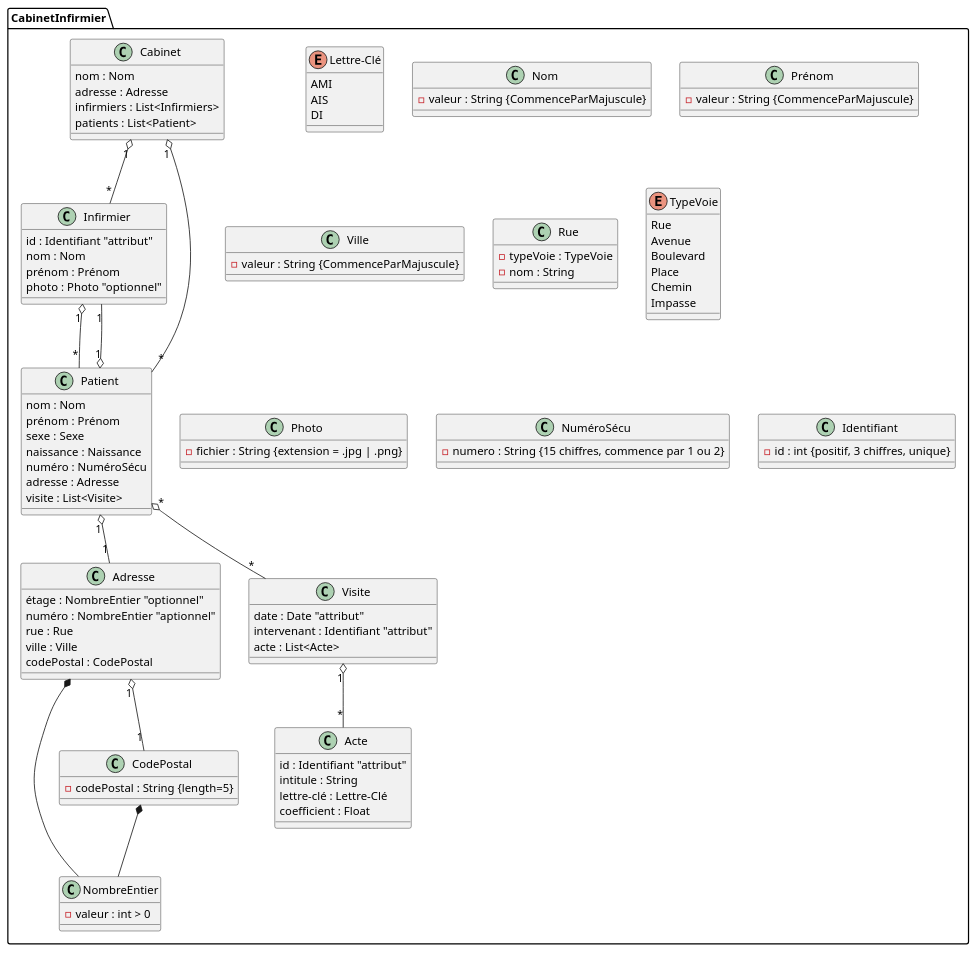
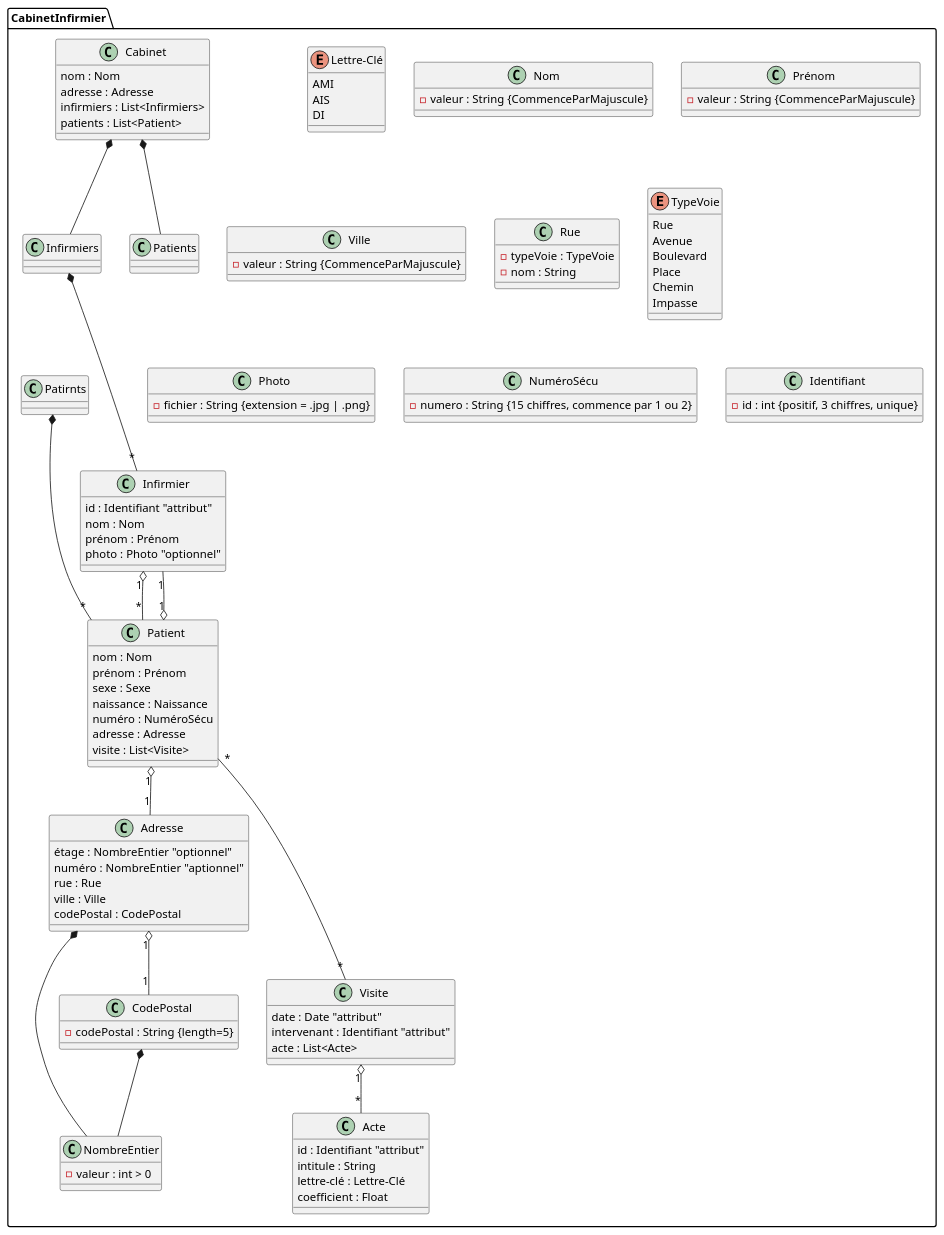
Before and after one commit to dramekhoyane-oss/XML-Projets: the diagram in CabinetInfermier/cabinetAmeliore.plantuml, drawn with PlantUML. The commit also changed 1 other file, not shown here.

```diff
--- a/CabinetInfermier/cabinetAmeliore.plantuml
+++ b/CabinetInfermier/cabinetAmeliore.plantuml
@@ -1,130 +1,140 @@
 @startuml
 
 ' Définition du namespace général pour la base de données du cabinet
 package "CabinetInfirmier" {
 
 class Cabinet {
 nom : Nom
 adresse : Adresse 
 infirmiers : List<Infirmiers>
 patients : List<Patient>
 }
 
 class Adresse{
 étage : NombreEntier "optionnel"
 numéro : NombreEntier "aptionnel"
 rue : Rue 
 ville : Ville
 codePostal : CodePostal 
 
 }
 
+class Infirmiers {
+
+}
+
 class Infirmier{
 id : Identifiant "attribut"
 nom : Nom
 prénom : Prénom
 photo : Photo "optionnel"
+}
+
+class Patients{
+
 }
 
 class Patient{
 nom : Nom
 prénom : Prénom
 sexe : Sexe 
 naissance : Naissance 
 numéro : NuméroSécu /' attention c'est le num de sécu '/
 adresse : Adresse
 visite : List<Visite>
 }
 
 class Visite{
 date : Date "attribut"
 intervenant : Identifiant "attribut"
 acte : List<Acte>
 }
 
 class Acte{
 id : Identifiant "attribut"
 intitule : String
 lettre-clé : Lettre-Clé
 coefficient : Float
 }
 
 enum Lettre-Clé{
 AMI
 AIS
 DI
 }
 
 class Nom{
  - valeur : String {CommenceParMajuscule}
 }
 class Prénom{
  - valeur : String {CommenceParMajuscule}
 }
 class Ville{
  - valeur : String {CommenceParMajuscule}
 }
 class NombreEntier{
  - valeur : int > 0
 }
 
 class CodePostal{
  - codePostal : String {length=5}
 }
 
 class Rue {
     - typeVoie : TypeVoie
     - nom : String
 }
 
 enum TypeVoie {
     Rue
     Avenue
     Boulevard
     Place
     Chemin 
     Impasse 
 }
 
 class Photo{
 - fichier : String {extension = .jpg | .png}
 }
 class NuméroSécu{
 - numero : String {15 chiffres, commence par 1 ou 2}
 }
 
 class Identifiant {
 - id : int {positif, 3 chiffres, unique}
 }
   
   
   ' Relations
-  Cabinet "1" o-- "*" Infirmier
-  Cabinet "1" o-- "*" Patient
-  Patient "*" o-- "*" Visite
+  Cabinet  *--  Infirmiers
+  Cabinet  *--  Patients
+  Patient "*" --- "*" Visite
   Visite "1" o-- "*" Acte
   Patient "1" o-- "1" Infirmier
   Patient "1" o-- "1" Adresse
   Infirmier "1" o-- "*" Patient
+  Infirmiers *--- "*" Infirmier
+  Patirnts *--- "*" Patient 
   ' ajouter les cardinalités 
 'CodePostal *-- NombreEntier
 
  'Adresse "1" o-- "1" CodePostal 
 CodePostal *-- NombreEntier
 Adresse *-- NombreEntier
 Adresse "1" o-- "1" CodePostal
 
 'Acte  *-- Lettre-Clé ne fonctionne pas ,pourrriez-vous proposer une solution pour relation enum Lettre-Clé
 
 
 
 
 
 
 
  
 
 
 
 }
 @enduml
```
